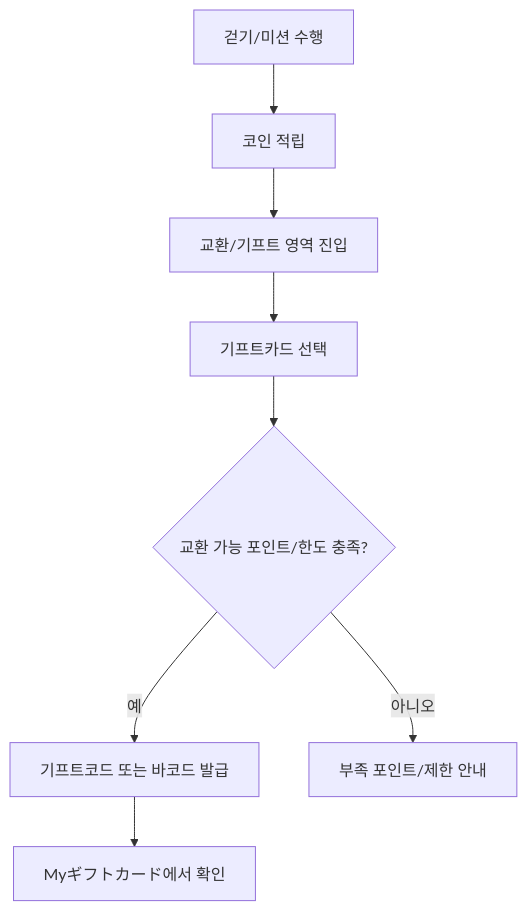
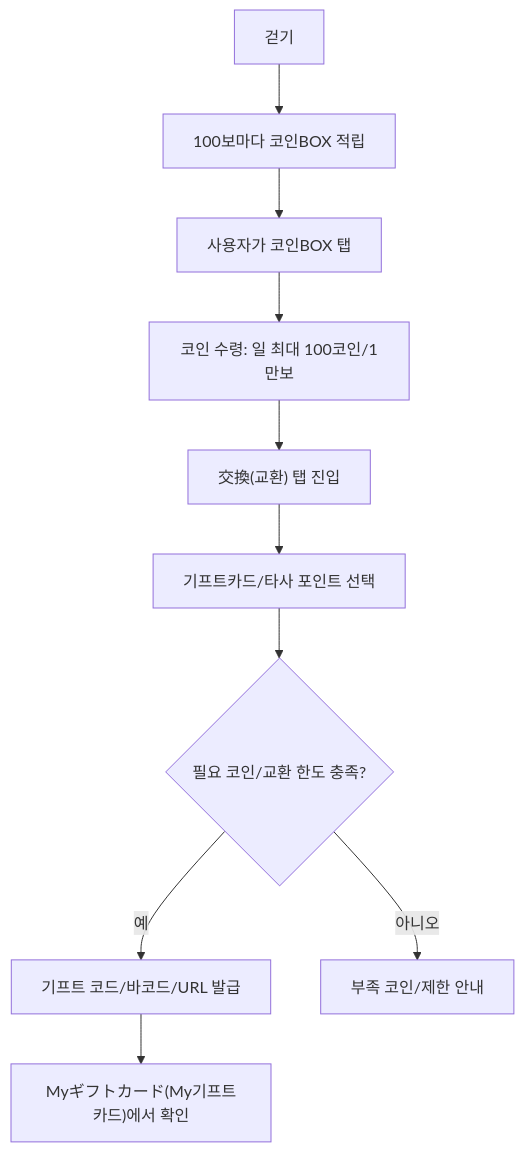
Before and after one commit to dongwonlee222/golden-goose-report: the first of 11 diagrams in reports/japan-apptech-reward-bank-benchmark-report.md, drawn with Mermaid. The commit also changed other lines of this file and 1 other file, not shown here.

Commit message:
Add Cashwalk JP gift exchange details

````diff
--- a/reports/japan-apptech-reward-bank-benchmark-report.md
+++ b/reports/japan-apptech-reward-bank-benchmark-report.md
@@ -81,10 +84,12 @@
 ```mermaid
 flowchart TD
-  A["걷기/미션 수행"] --> B["코인 적립"]
-  B --> C["교환/기프트 영역 진입"]
-  C --> D["기프트카드 선택"]
-  D --> E{"교환 가능 포인트/한도 충족?"}
-  E -- "예" --> F["기프트코드 또는 바코드 발급"]
-  E -- "아니오" --> G["부족 포인트/제한 안내"]
-  F --> H["Myギフトカード에서 확인"]
+  A["걷기"] --> B["100보마다 코인BOX 적립"]
+  B --> C["사용자가 코인BOX 탭"]
+  C --> D["코인 수령: 일 최대 100코인/1만보"]
+  D --> E["交換(교환) 탭 진입"]
+  E --> F["기프트카드/타사 포인트 선택"]
+  F --> G{"필요 코인/교환 한도 충족?"}
+  G -- "예" --> H["기프트 코드/바코드/URL 발급"]
+  G -- "아니오" --> I["부족 코인/제한 안내"]
+  H --> J["Myギフトカード(My기프트카드)에서 확인"]
 ```
````
